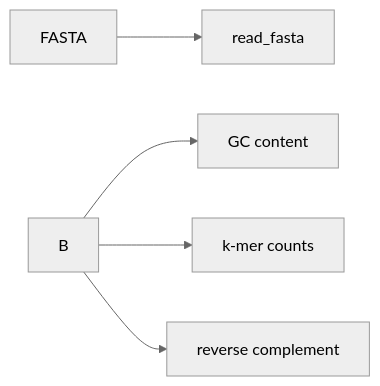
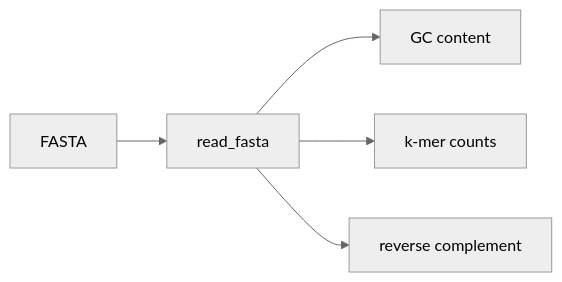
One commit to docxology/MetaInformAnt changed the diagram in docs/dna/sequences.md. Above: the diagram before and after it, drawn with Mermaid (neutral theme). The commit also changed other lines of this file and 47 other files, not shown here.

````diff
--- a/docs/dna/sequences.md
+++ b/docs/dna/sequences.md
@@ -5,7 +5,7 @@
 ```mermaid
 flowchart LR
-  A[FASTA] --> BreadFasta[read_fasta]
-  B --> CgcContent[GC content]
-  B --> Dk-merCounts[k-mer counts]
-  B --> EreverseComplement[reverse complement]
+  fasta[FASTA] --> readFasta[read_fasta]
+  readFasta --> gcContent[GC content]
+  readFasta --> kmerCounts[k-mer counts]
+  readFasta --> reverseComplement[reverse complement]
 ```
````
